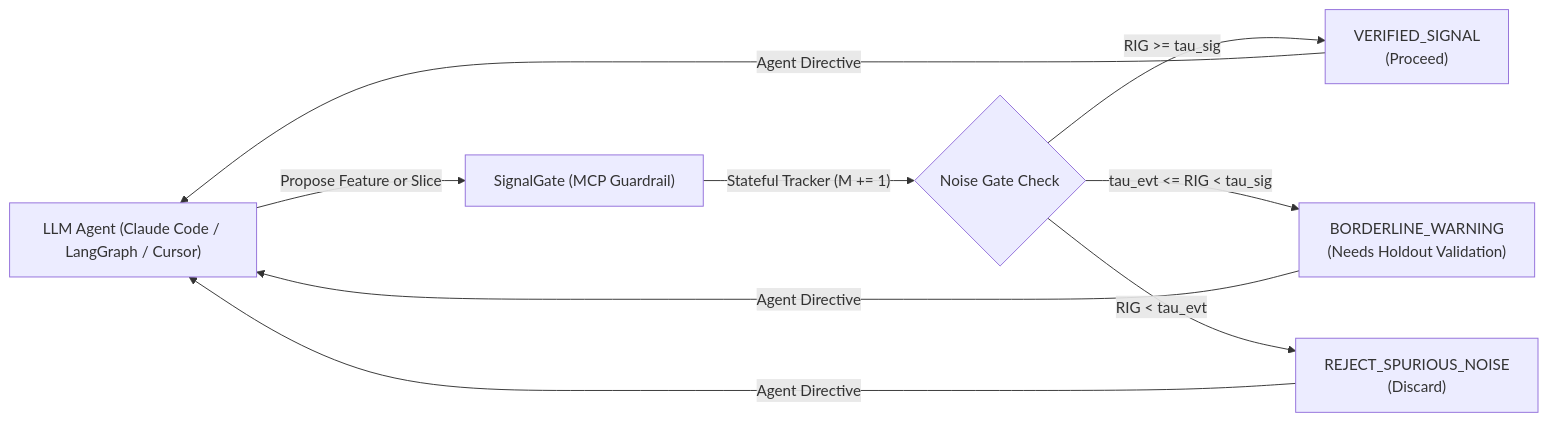
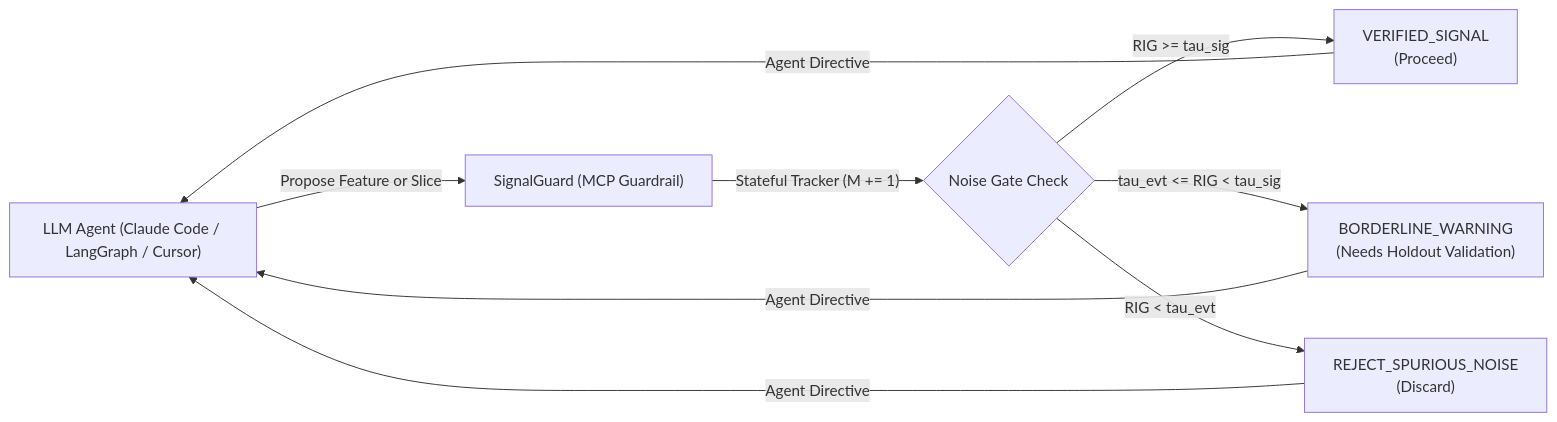
The diagram in README.md (eldridzakis/signal-gate), drawn with Mermaid before and after one commit. The commit also changed other lines of this file and 44 other files, not shown here.

Commit message:
Rename repository and package to SignalGuard

````diff
--- a/README.md
+++ b/README.md
@@ -146,9 +146,9 @@
 ```mermaid
 flowchart LR
-    A["LLM Agent (Claude Code / LangGraph / Cursor)"] -->|"Propose Feature or Slice"| B["SignalGate (MCP Guardrail)"]
+    A["LLM Agent (Claude Code / LangGraph / Cursor)"] -->|"Propose Feature or Slice"| B["SignalGuard (MCP Guardrail)"]
     B -->|"Stateful Tracker (M += 1)"| C{"Noise Gate Check"}
     C -->|"RIG >= tau_sig"| D["VERIFIED_SIGNAL<br>(Proceed)"]
     C -->|"tau_evt <= RIG < tau_sig"| E["BORDERLINE_WARNING<br>(Needs Holdout Validation)"]
     C -->|"RIG < tau_evt"| F["REJECT_SPURIOUS_NOISE<br>(Discard)"]
     D & E & F -->|"Agent Directive"| A
 ```
````
